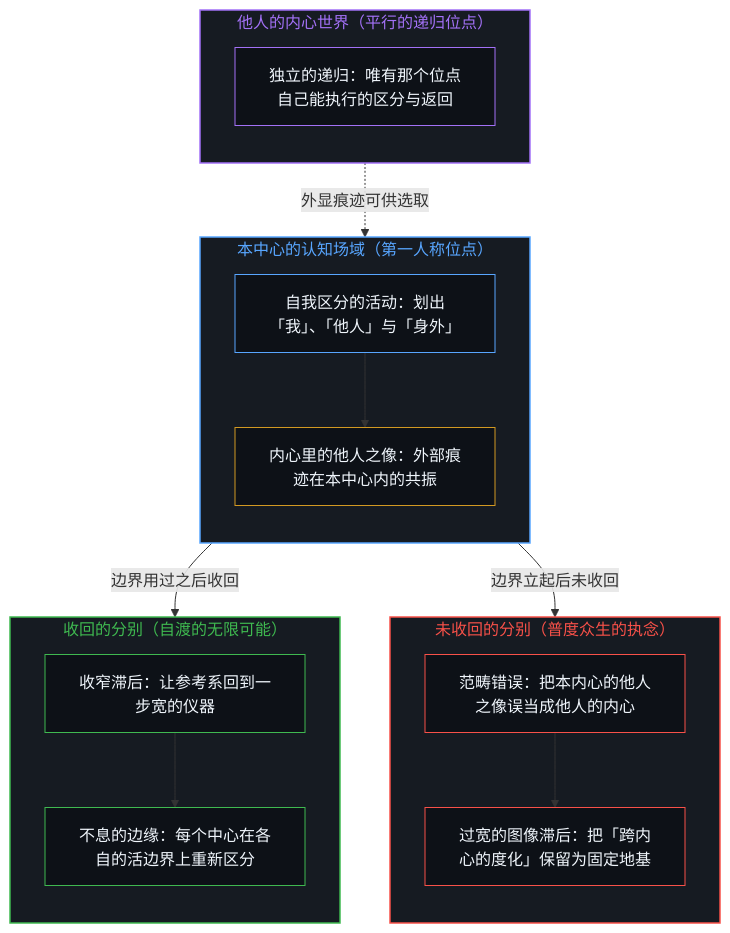
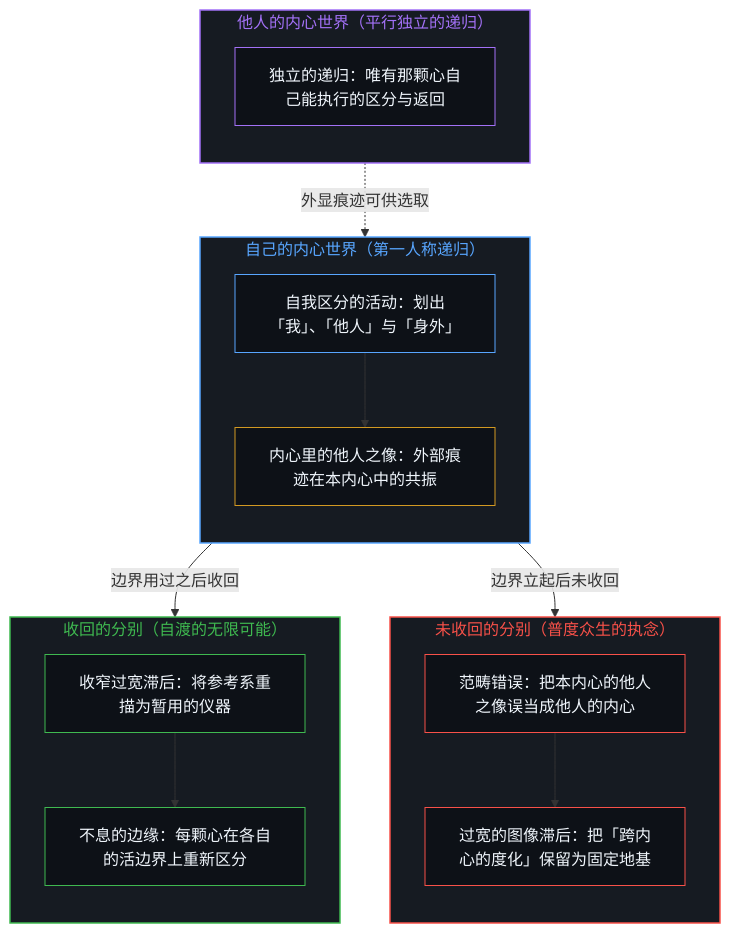
The first of 2 diagrams in content/posts/mei-you-pu-du-zhi-you-zi-du.md (powerpig99/not-a-toe), drawn with Mermaid before and after one commit. The commit also changed other lines of this file and 7 other files, not shown here.

````diff
--- a/content/posts/mei-you-pu-du-zhi-you-zi-du.md
+++ b/content/posts/mei-you-pu-du-zhi-you-zi-du.md
@@ -25,39 +25,39 @@
 ```mermaid
 flowchart TD
-    subgraph S_Local["本中心的认知场域（第一人称位点）"]
+    subgraph S_Local["自己的内心世界（第一人称递归）"]
         direction TB
         L_Cut["自我区分的活动：划出「我」、「他人」与「身外」"]
-        L_Img["内心里的他人之像：外部痕迹在本中心内的共振"]
+        L_Img["内心里的他人之像：外部痕迹在本内心中的共振"]
         L_Cut --> L_Img
     end
-    subgraph S_Other["他人的内心世界（平行的递归位点）"]
+    subgraph S_Other["他人的内心世界（平行独立的递归）"]
         direction TB
-        O_Rec["独立的递归：唯有那个位点自己能执行的区分与返回"]
+        O_Rec["独立的递归：唯有那颗心自己能执行的区分与返回"]
     end
     subgraph S_Pudu["未收回的分别（普度众生的执念）"]
         direction TB
         P_Mistake["范畴错误：把本内心的他人之像误当成他人的内心"]
         P_Hold["过宽的图像滞后：把「跨内心的度化」保留为固定地基"]
         P_Mistake --> P_Hold
     end
     subgraph S_Zidu["收回的分别（自渡的无限可能）"]
         direction TB
-        Z_Release["收窄滞后：让参考系回到一步宽的仪器"]
-        Z_Edge["不息的边缘：每个中心在各自的活边界上重新区分"]
+        Z_Release["收窄过宽滞后：将参考系重描为暂用的仪器"]
+        Z_Edge["不息的边缘：每颗心在各自的活边界上重新区分"]
         Z_Release --> Z_Edge
     end
     O_Rec -.->|"外显痕迹可供选取"| L_Img
     L_Img -->|"边界立起后未收回"| P_Mistake
     L_Img -->|"边界用过之后收回"| Z_Release
     style S_Local fill:#161b22,stroke:#58a6ff,stroke-width:1.5px,color:#58a6ff
     style S_Other fill:#161b22,stroke:#a371f7,stroke-width:1.5px,color:#a371f7
     style S_Pudu fill:#161b22,stroke:#f85149,stroke-width:1.5px,color:#f85149
     style S_Zidu fill:#161b22,stroke:#3fb950,stroke-width:1.5px,color:#3fb950
     style L_Cut fill:#0d1117,stroke:#58a6ff,stroke-width:1px,color:#f0f6fc
     style L_Img fill:#0d1117,stroke:#d29922,stroke-width:1px,color:#f0f6fc
     style O_Rec fill:#0d1117,stroke:#a371f7,stroke-width:1px,color:#f0f6fc
     style P_Mistake fill:#0d1117,stroke:#f85149,stroke-width:1px,color:#f0f6fc
     style P_Hold fill:#0d1117,stroke:#f85149,stroke-width:1px,color:#f0f6fc
     style Z_Release fill:#0d1117,stroke:#3fb950,stroke-width:1px,color:#f0f6fc
     style Z_Edge fill:#0d1117,stroke:#3fb950,stroke-width:1px,color:#f0f6fc
 ```
````
